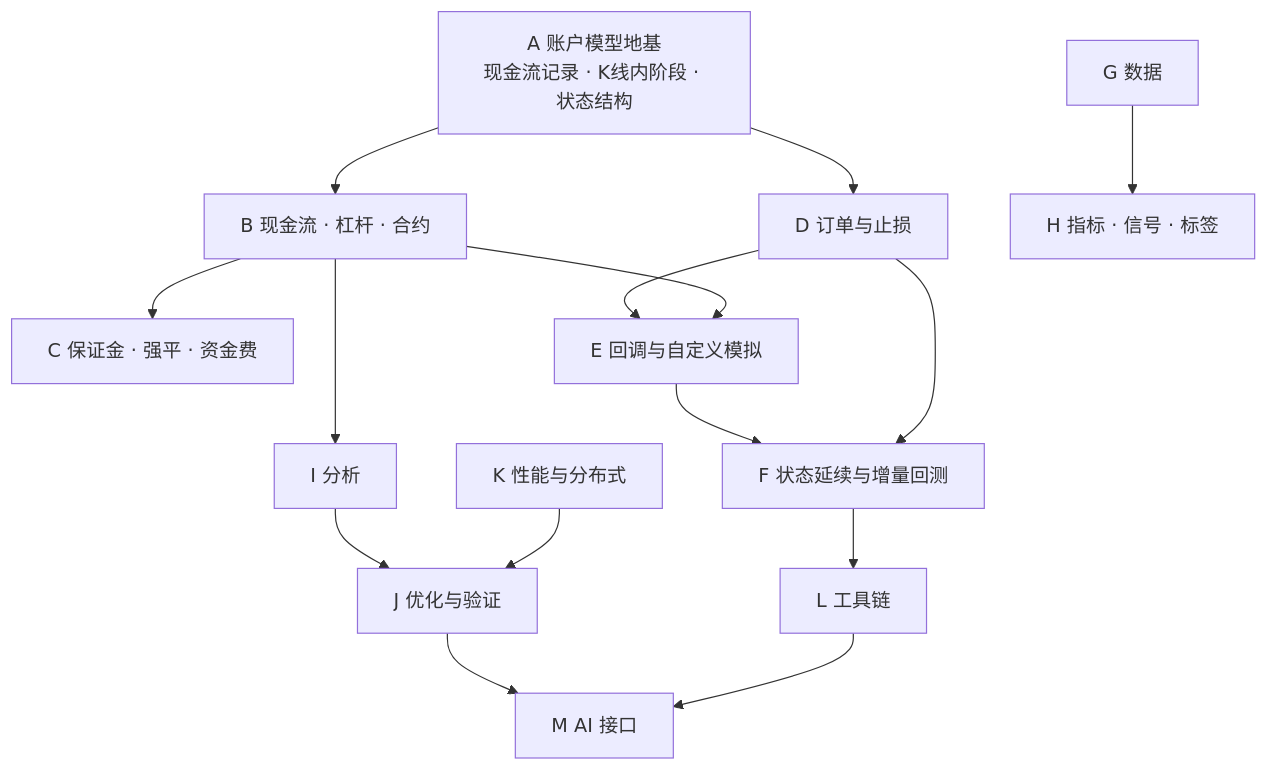
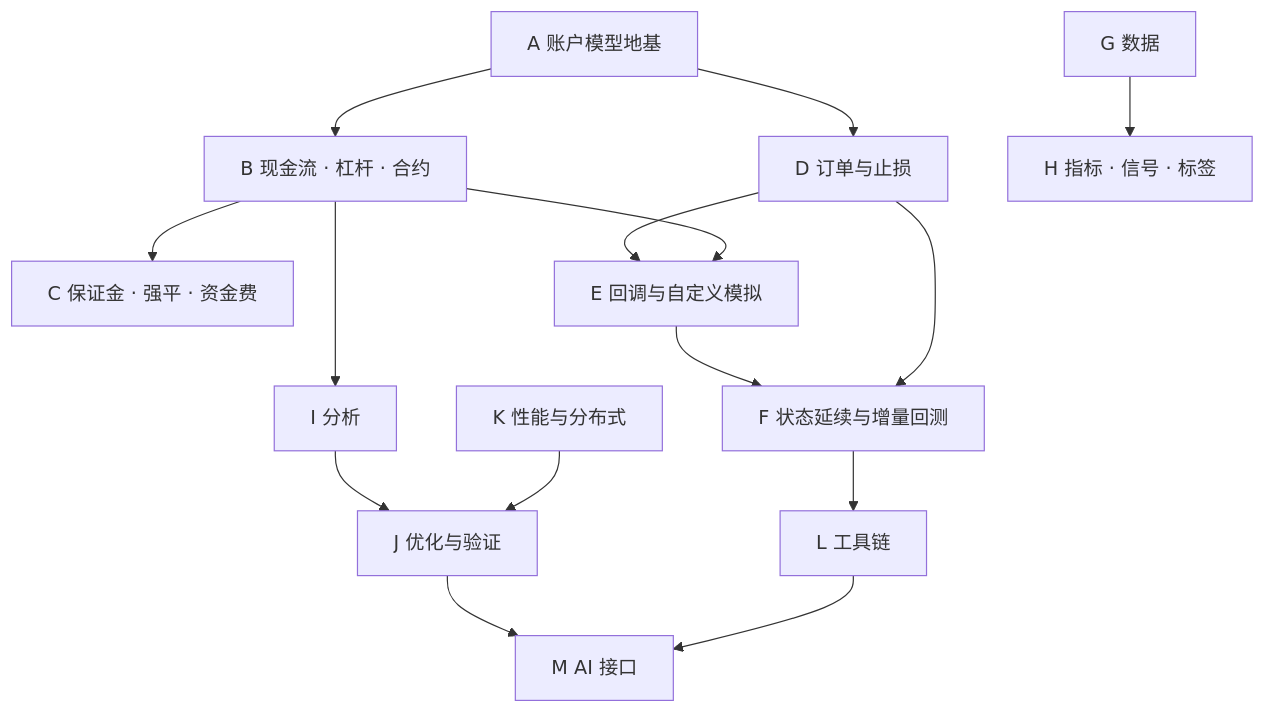
Before and after one commit to nivalume/phasor: the diagram in docs/plan.md, drawn with Mermaid. The commit also changed other lines of this file, not shown here.

````diff
--- a/docs/plan.md
+++ b/docs/plan.md
@@ -103,17 +484,17 @@
 ```mermaid
 flowchart TD
-  A["A 账户模型地基<br/>现金流记录 · K线内阶段 · 状态结构"] --> B["B 现金流 · 杠杆 · 合约"]
+  A["A 账户模型地基"] --> B["B 现金流 · 杠杆 · 合约"]
   B --> C["C 保证金 · 强平 · 资金费"]
   A --> D["D 订单与止损"]
   D --> E["E 回调与自定义模拟"]
   B --> E
   E --> F["F 状态延续与增量回测"]
   D --> F
   G["G 数据"] --> H["H 指标 · 信号 · 标签"]
   B --> I["I 分析"]
   I --> J["J 优化与验证"]
   K["K 性能与分布式"] --> J
   F --> L["L 工具链"]
   J --> M["M AI 接口"]
   L --> M
 ```
````
